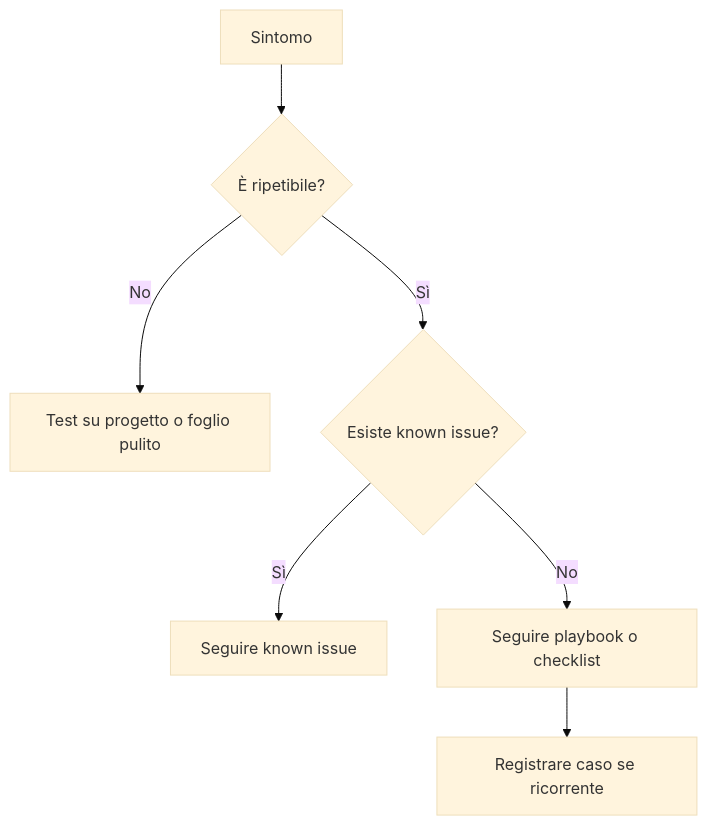
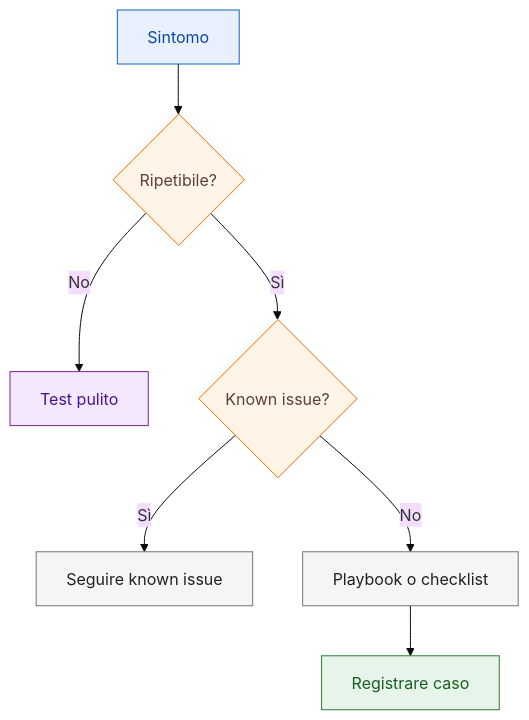
Before and after one commit to robertochello/spac-start-knowledge-base: the diagram in docs/07-troubleshooting.md, drawn with Mermaid (base theme). The commit also changed 27 other files, not shown here.

Commit message:
docs: standardize diagrams and visual cues

````diff
--- a/docs/07-troubleshooting.md
+++ b/docs/07-troubleshooting.md
@@ -22,9 +22,15 @@
 ```mermaid
 flowchart TD
-    A[Sintomo] --> B{È ripetibile?}
-    B -->|No| C[Test su progetto o foglio pulito]
-    B -->|Sì| D{Esiste known issue?}
-    D -->|Sì| E[Seguire known issue]
-    D -->|No| F[Seguire playbook o checklist]
-    F --> G[Registrare caso se ricorrente]
+    A[Sintomo]:::info --> B{Ripetibile?}:::warn
+    B -->|No| C[Test pulito]:::todo
+    B -->|Sì| D{Known issue?}:::warn
+    D -->|Sì| E[Seguire known issue]:::process
+    D -->|No| F[Playbook o checklist]:::process
+    F --> G[Registrare caso]:::ok
+
+    classDef ok fill:#e6f4ea,stroke:#2e7d32,color:#1b5e20;
+    classDef warn fill:#fff4e5,stroke:#ef6c00,color:#5d4037;
+    classDef info fill:#e8f0fe,stroke:#1565c0,color:#0d47a1;
+    classDef todo fill:#f3e8ff,stroke:#7b1fa2,color:#4a148c;
+    classDef process fill:#f5f5f5,stroke:#757575,color:#212121;
 ```
````
